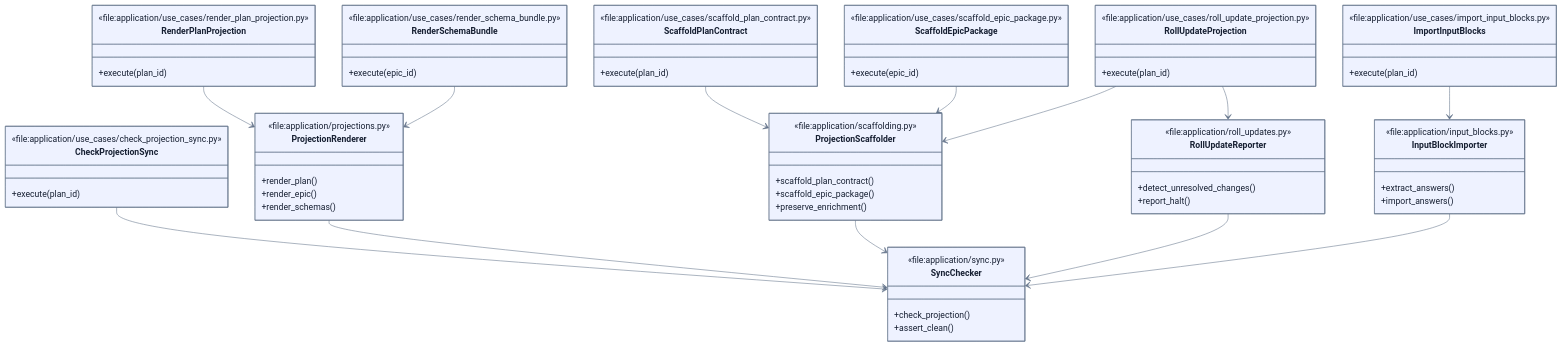
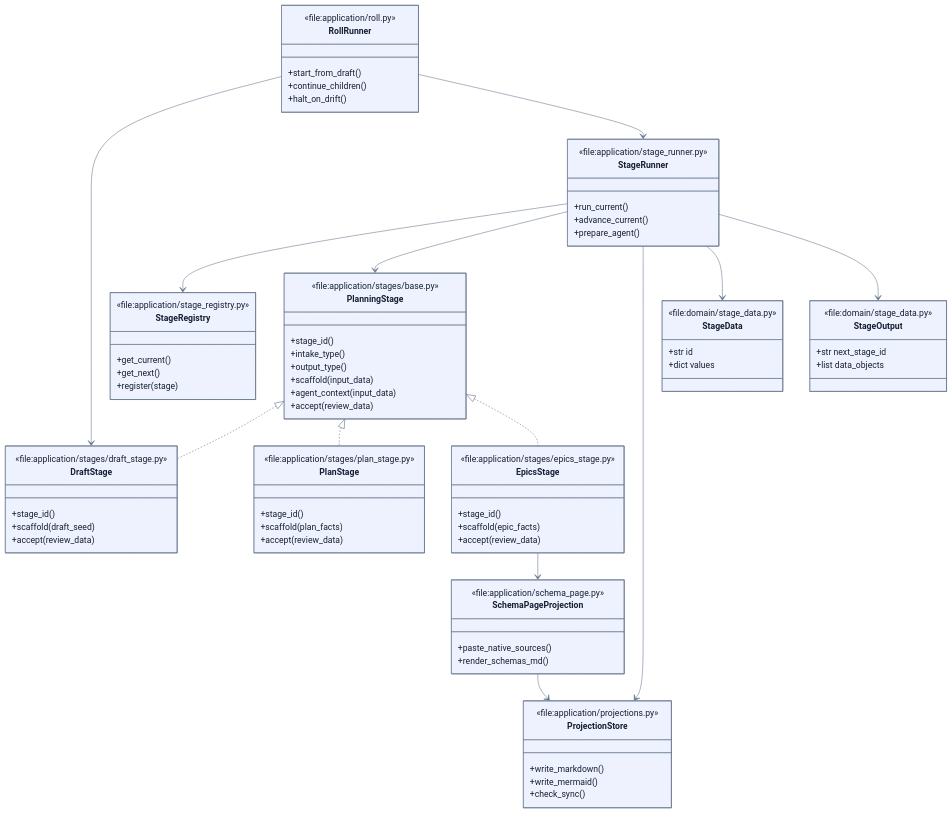
One commit to 9orky/enclosure changed the second of 3 diagrams in .enclosure/plans/planning-workflow/epics/projected-documents/SCHEMAS.md. Above: the diagram before and after it, drawn with Mermaid. The commit also changed other lines of this file and 23 other files, not shown here.

````diff
--- a/.enclosure/plans/planning-workflow/epics/projected-documents/SCHEMAS.md
+++ b/.enclosure/plans/planning-workflow/epics/projected-documents/SCHEMAS.md
@@ -104,83 +118,94 @@
 %% contract: symbols
 %%{init: {"theme": "base", "themeVariables": {"primaryColor": "#eef2ff", "primaryTextColor": "#172033", "primaryBorderColor": "#64748b", "lineColor": "#64748b"}}}%%
 classDiagram
-    class RenderPlanProjection {
-      <<file:application/use_cases/render_plan_projection.py>>
-      +execute(plan_id)
+    class PlanningStage {
+      <<file:application/stages/base.py>>
+      +stage_id()
+      +intake_type()
+      +output_type()
+      +scaffold(input_data)
+      +agent_context(input_data)
+      +accept(review_data)
     }
 
-    class ScaffoldPlanContract {
-      <<file:application/use_cases/scaffold_plan_contract.py>>
-      +execute(plan_id)
+    class DraftStage {
+      <<file:application/stages/draft_stage.py>>
+      +stage_id()
+      +scaffold(draft_seed)
+      +accept(review_data)
     }
 
-    class ScaffoldEpicPackage {
-      <<file:application/use_cases/scaffold_epic_package.py>>
-      +execute(epic_id)
+    class PlanStage {
+      <<file:application/stages/plan_stage.py>>
+      +stage_id()
+      +scaffold(plan_facts)
+      +accept(review_data)
     }
 
-    class RollUpdateProjection {
-      <<file:application/use_cases/roll_update_projection.py>>
-      +execute(plan_id)
+    class EpicsStage {
+      <<file:application/stages/epics_stage.py>>
+      +stage_id()
+      +scaffold(epic_facts)
+      +accept(review_data)
     }
 
-    class ImportInputBlocks {
-      <<file:application/use_cases/import_input_blocks.py>>
-      +execute(plan_id)
+    class StageRunner {
+      <<file:application/stage_runner.py>>
+      +run_current()
+      +advance_current()
+      +prepare_agent()
     }
 
-    class CheckProjectionSync {
-      <<file:application/use_cases/check_projection_sync.py>>
-      +execute(plan_id)
+    class RollRunner {
+      <<file:application/roll.py>>
+      +start_from_draft()
+      +continue_children()
+      +halt_on_drift()
     }
 
-    class RenderSchemaBundle {
-      <<file:application/use_cases/render_schema_bundle.py>>
-      +execute(epic_id)
+    class StageRegistry {
+      <<file:application/stage_registry.py>>
+      +get_current()
+      +get_next()
+      +register(stage)
     }
 
-    class ProjectionRenderer {
+    class ProjectionStore {
       <<file:application/projections.py>>
-      +render_plan()
-      +render_epic()
-      +render_schemas()
+      +write_markdown()
+      +write_mermaid()
+      +check_sync()
     }
 
-    class ProjectionScaffolder {
-      <<file:application/scaffolding.py>>
-      +scaffold_plan_contract()
-      +scaffold_epic_package()
-      +preserve_enrichment()
+    class SchemaPageProjection {
+      <<file:application/schema_page.py>>
+      +paste_native_sources()
+      +render_schemas_md()
     }
 
-    class RollUpdateReporter {
-      <<file:application/roll_updates.py>>
-      +detect_unresolved_changes()
-      +report_halt()
+    class StageData {
+      <<file:domain/stage_data.py>>
+      +str id
+      +dict values
     }
 
-    class InputBlockImporter {
-      <<file:application/input_blocks.py>>
-      +extract_answers()
-      +import_answers()
+    class StageOutput {
+      <<file:domain/stage_data.py>>
+      +str next_stage_id
+      +list data_objects
     }
 
-    class SyncChecker {
-      <<file:application/sync.py>>
-      +check_projection()
-      +assert_clean()
-    }
+    PlanningStage <|.. DraftStage
+    PlanningStage <|.. PlanStage
+    PlanningStage <|.. EpicsStage
 
-    RenderPlanProjection --> ProjectionRenderer
-    ScaffoldPlanContract --> ProjectionScaffolder
-    ScaffoldEpicPackage --> ProjectionScaffolder
-    RollUpdateProjection --> RollUpdateReporter
-    RollUpdateProjection --> ProjectionScaffolder
-    RenderSchemaBundle --> ProjectionRenderer
-    ImportInputBlocks --> InputBlockImporter
-    CheckProjectionSync --> SyncChecker
-    ProjectionRenderer --> SyncChecker
-    ProjectionScaffolder --> SyncChecker
-    RollUpdateReporter --> SyncChecker
-    InputBlockImporter --> SyncChecker
+    StageRunner --> StageRegistry
+    StageRunner --> PlanningStage
+    StageRunner --> ProjectionStore
+    StageRunner --> StageData
+    StageRunner --> StageOutput
+    RollRunner --> DraftStage
+    RollRunner --> StageRunner
+    SchemaPageProjection --> ProjectionStore
+    EpicsStage --> SchemaPageProjection
 ```
````
